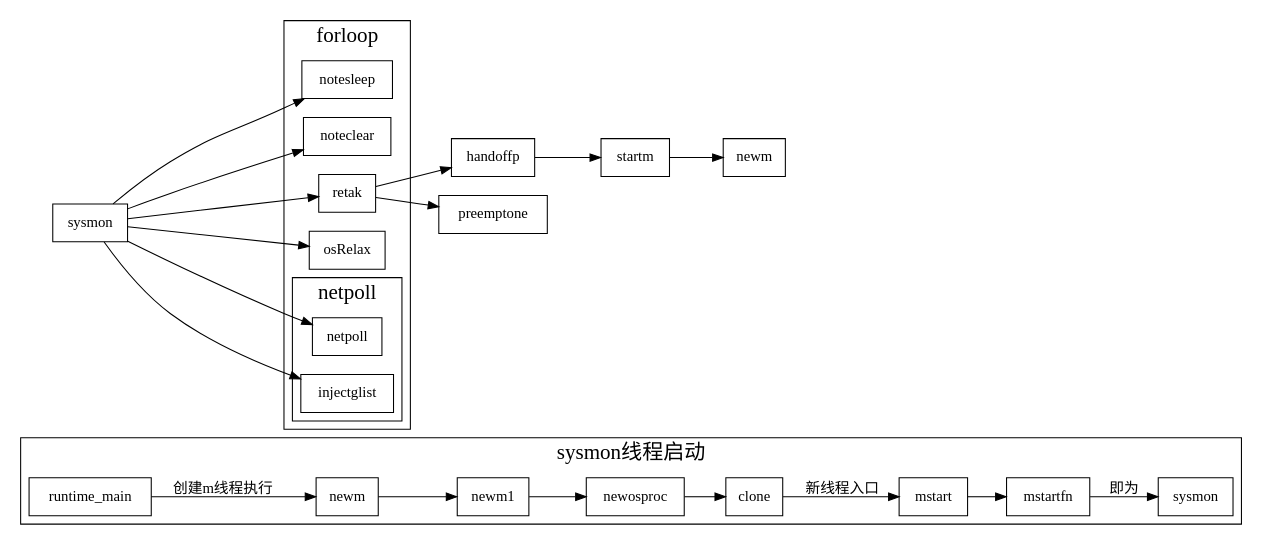
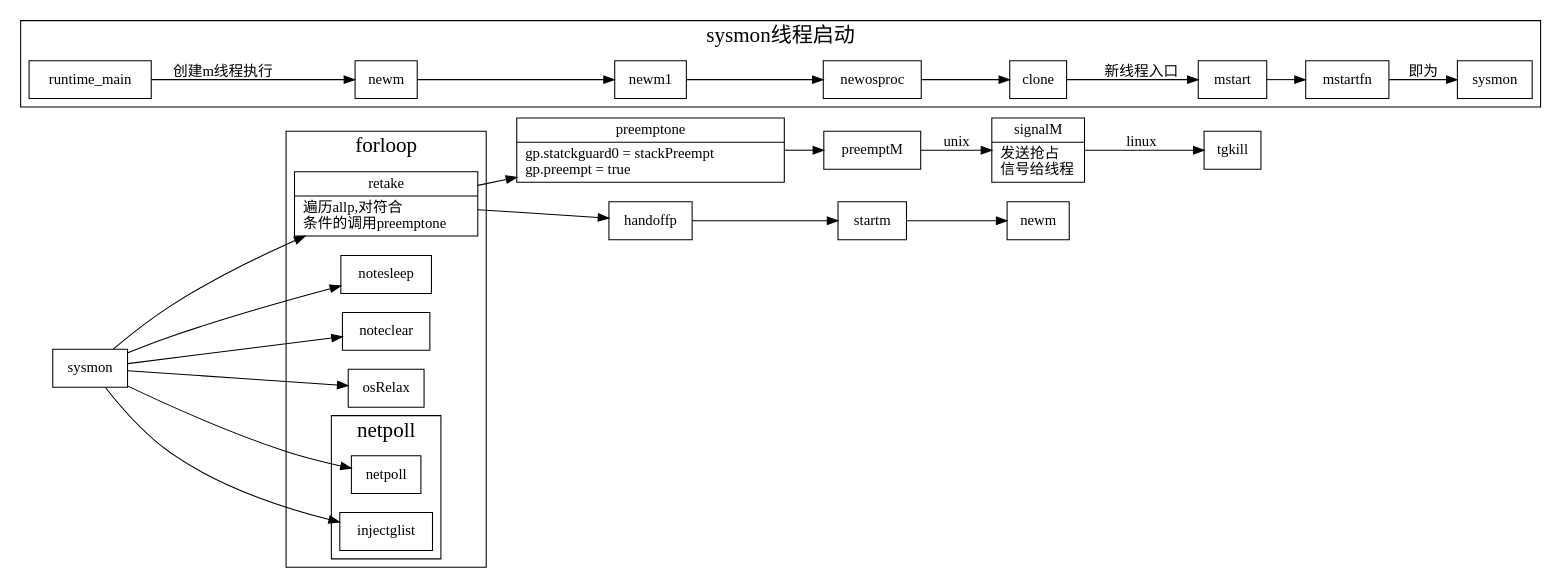
One commit to xieyu/blog changed the diagram in src/golang/sysmon.dot. Above: the diagram before and after it, drawn with Graphviz. The commit also changed 3 other files, not shown here.

Commit message:
add sysmon graph

```diff
--- a/src/golang/sysmon.dot
+++ b/src/golang/sysmon.dot
@@ -1,41 +1,63 @@
 digraph sysmon {
   node[shape=box];
   newrank=true;
   rankdir=LR;
+  retake[shape="record";
+    label="{{
+      retake|
+        遍历allp,对符合\l条件的调用preemptone\l
+    }}";
+  ];
+  preemptone[shape="record";
+    label="{{
+      preemptone|
+        gp.statckguard0 = stackPreempt\l
+        gp.preempt = true\l
+    }}";
+  ];
   subgraph cluster_sysmon {
     graph[label="sysmon线程启动";fontsize=20;];
     runtime_main -> newm [label="创建m线程执行"];
     newm -> newm1 -> newosproc -> clone
     clone -> mstart[label="新线程入口"];
     mstart -> mstartfn;
     mstartfn -> sysmon[label="即为"];
   };
   fn_sysmon[label="sysmon"]
   subgraph cluster_forloop{
     graph[label="forloop";fontsize=20;];
     notesleep;
     noteclear;
-    retak;
+    retake;
     osRelax;
     subgraph cluster_netpoll {
       graph[label="netpoll";fontsize=20;];
       netpoll;
       injectglist;
     }
   }
   fn_sysmon -> {
     notesleep;
     noteclear;
-    retak;
+    retake;
     netpoll;
     injectglist;
     osRelax;
   }
 
-  retak -> {
+  retake -> {
     handoffp;
     preemptone;
   }
+  preemptone -> preemptM;
+  preemptM -> signalM[label="unix"];
+  signalM[shape="record";
+    label="{{
+      signalM|
+        发送抢占\l信号给线程\l
+    }}";
+  ];
+  signalM -> tgkill[label="linux"];
   newm2[label="newm"];
   handoffp -> startm -> newm2;
 }
```
